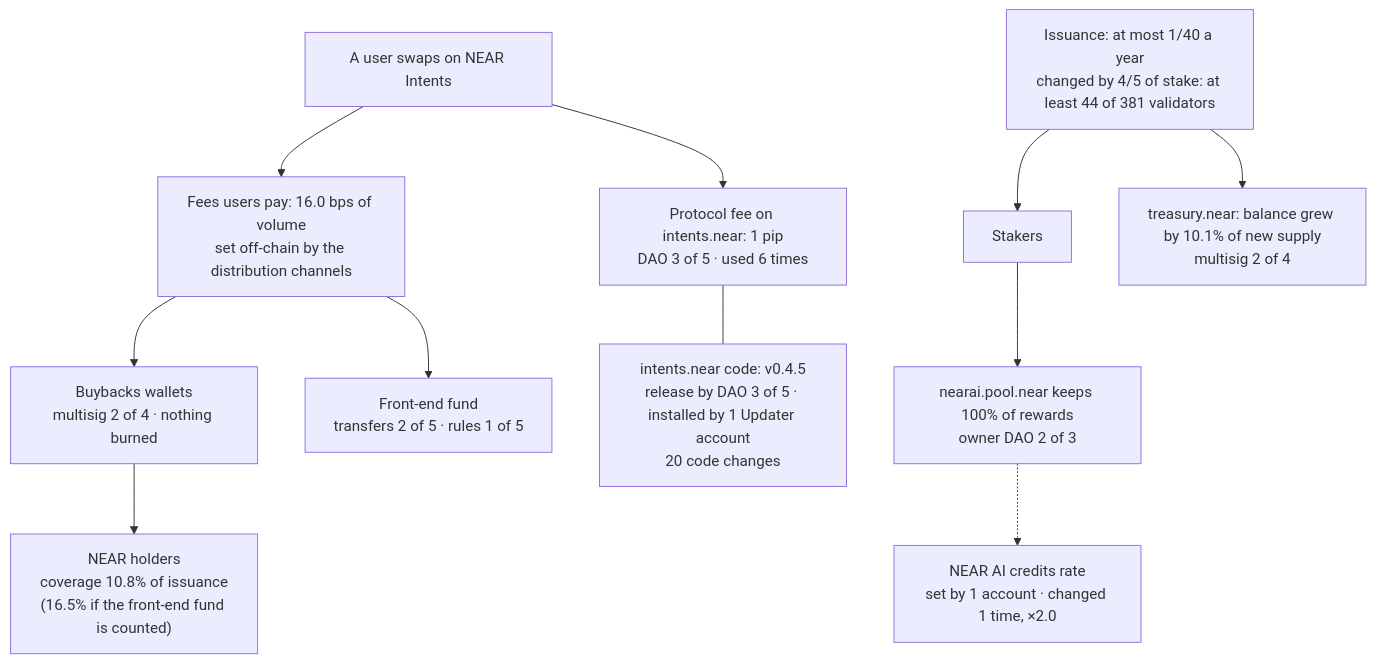
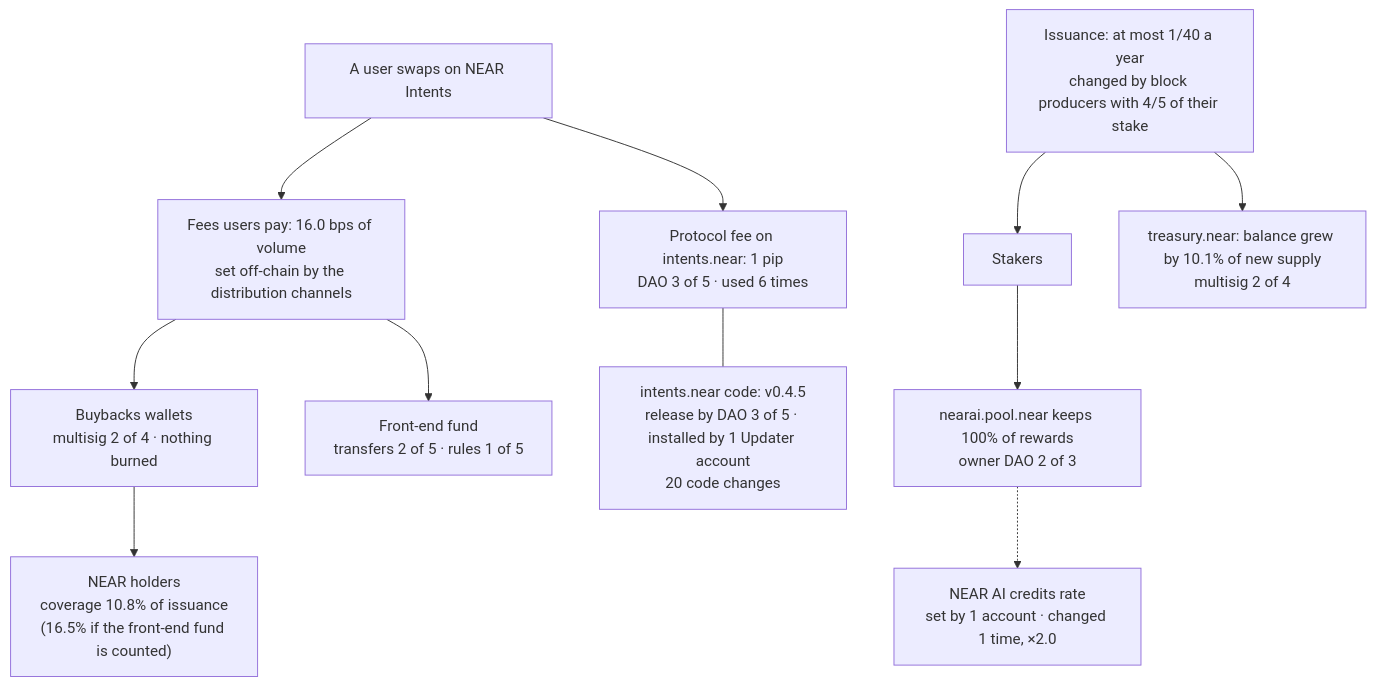
Before and after one commit to nikolaskahris-png/near-thesis-data: the diagram in docs/DETAILS.md, drawn with Mermaid. The commit also changed other lines of this file and 11 other files, not shown here.

````diff
--- a/docs/DETAILS.md
+++ b/docs/DETAILS.md
@@ -922,13 +922,13 @@
 ```mermaid
 flowchart TD
   U["A user swaps on NEAR Intents"] --> F["Fees users pay: <!--n:n2.fees_bps-->16.0<!--/n--> bps of volume<br/>set off-chain by the distribution channels"]
   U --> P["Protocol fee on intents.near: <!--n:c.intents_fee_pips-->1 pip<!--/n--><br/>DAO <!--n:c.intents_fee_change-->3 of 5<!--/n--> · used <!--n:h.fee.approved_actions-->6<!--/n--> times"]
   F --> B["Buybacks wallets<br/>multisig <!--n:c.buybacks_confirmations-->2 of 4<!--/n--> · nothing burned"]
   F --> E["Front-end fund<br/>transfers <!--n:c.front_end_transfer-->2 of 5<!--/n--> · rules <!--n:c.front_end_rules-->1 of 5<!--/n-->"]
   B --> H["NEAR holders<br/>coverage <!--n:n1.coverage_buybacks-->10.8%<!--/n--> of issuance<br/>(<!--n:n1.coverage_with_front_end-->16.5%<!--/n--> if the front-end fund is counted)"]
-  I["Issuance: at most <!--n:c.issuance_max_inflation_rate-->1/40<!--/n--> a year<br/>changed by <!--n:c.issuance_upgrade_stake_threshold-->4/5<!--/n--> of stake: at least <!--n:c.issuance_validators_to_pass_upgrade-->44<!--/n--> of <!--n:c.issuance_validators-->381<!--/n--> validators"] --> S["Stakers"]
+  I["Issuance: at most <!--n:c.issuance_max_inflation_rate-->1/40<!--/n--> a year<br/>changed by block producers with <!--n:c.issuance_upgrade_stake_threshold-->4/5<!--/n--> of their stake"] --> S["Stakers"]
   I --> T["treasury.near: balance grew by <!--n:c.treasury_share_of_new_supply-->10.1%<!--/n--> of new supply<br/>multisig <!--n:c.treasury_confirmations-->2 of 4<!--/n-->"]
   S --> N["nearai.pool.near keeps <!--n:c.nearai_pool_reward_fee-->100%<!--/n--> of rewards<br/>owner DAO <!--n:c.nearai_pool_owner_transfer-->2 of 3<!--/n-->"]
   N -.-> C["NEAR AI credits rate<br/>set by 1 account · changed <!--n:f6.rate_changes-->1<!--/n--> time, <!--n:f6.change1.ratio-->×2.0<!--/n-->"]
   P --- K["intents.near code: v<!--n:c.intents_code_version-->0.4.5<!--/n--><br/>release by DAO <!--n:c.intents_code_add_release-->3 of 5<!--/n--> · installed by <!--n:c.intents_code_updater_accounts-->1<!--/n--> Updater account<br/><!--n:c.intents_code_changes-->20<!--/n--> code changes"]
 ```
````
